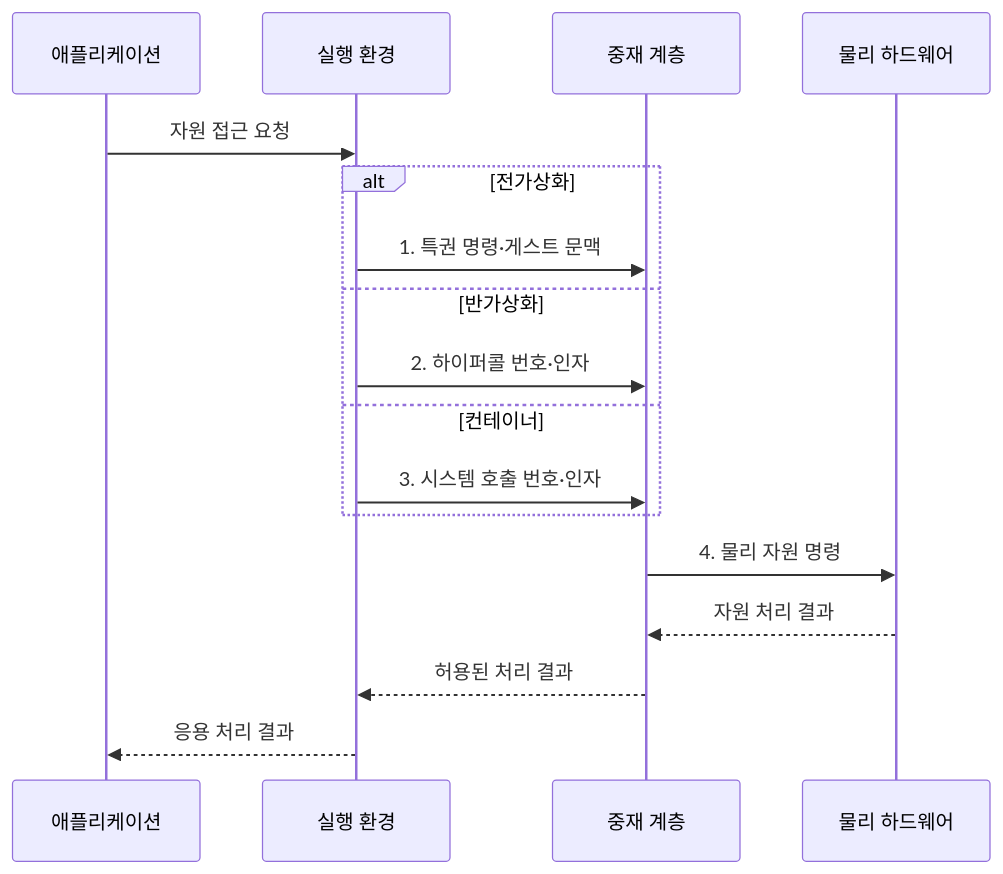
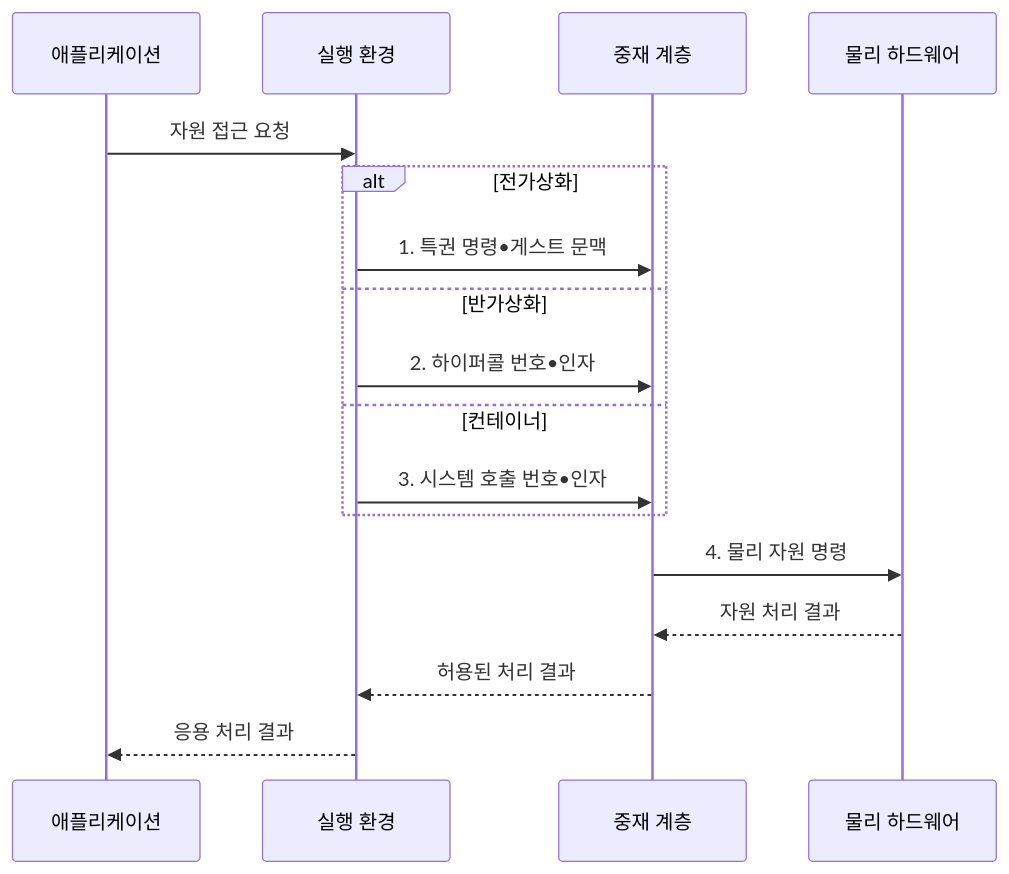
One commit to agnusdei1207/knowledge-base changed the second of 2 diagrams in src/content/docs/notes/03-software/019_full_para_container_virtualization.md. Above: the diagram before and after it, drawn with Mermaid. The commit also changed other lines of this file and 953 other files, not shown here.

````diff
--- a/src/content/docs/notes/03-software/019_full_para_container_virtualization.md
+++ b/src/content/docs/notes/03-software/019_full_para_container_virtualization.md
@@ -107,19 +107,19 @@
 ```mermaid
 sequenceDiagram
     participant A as 애플리케이션
     participant E as 실행 환경
     participant R as 중재 계층
     participant H as 물리 하드웨어
     A->>E: 자원 접근 요청
     alt 전가상화
-        E->>R: 1. 특권 명령·게스트 문맥
+        E->>R: 1. 특권 명령•게스트 문맥
     else 반가상화
-        E->>R: 2. 하이퍼콜 번호·인자
+        E->>R: 2. 하이퍼콜 번호•인자
     else 컨테이너
-        E->>R: 3. 시스템 호출 번호·인자
+        E->>R: 3. 시스템 호출 번호•인자
     end
     R->>H: 4. 물리 자원 명령
     H-->>R: 자원 처리 결과
     R-->>E: 허용된 처리 결과
     E-->>A: 응용 처리 결과
 ```
````
